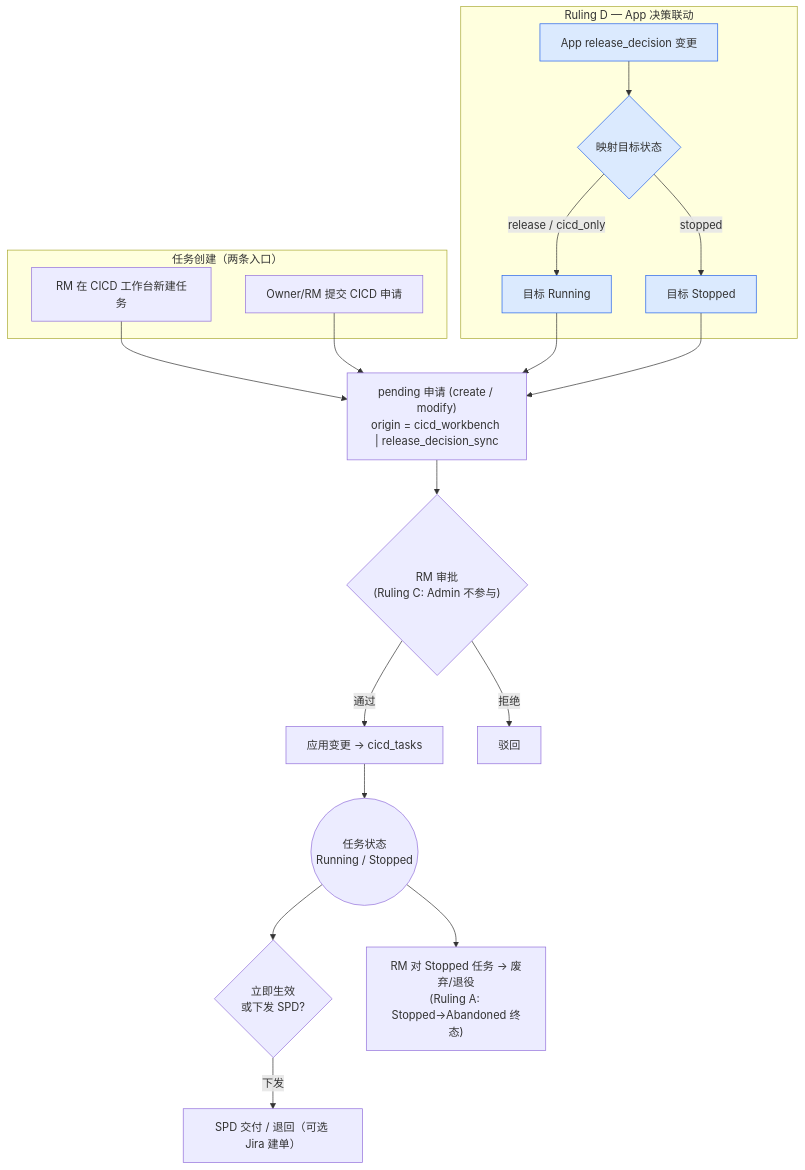
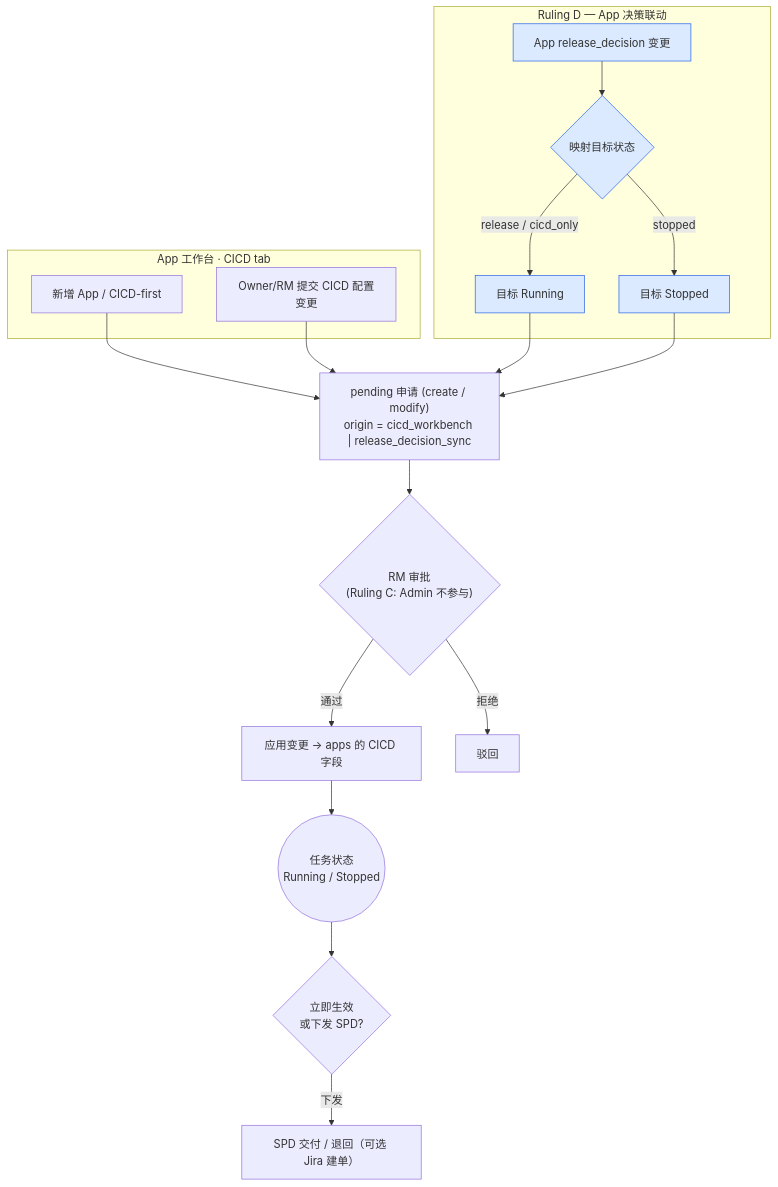
The third of 3 diagrams in README.md (zzwz02/hpc-release-system), drawn with Mermaid before and after one commit. The commit also changed other lines of this file and 12 other files, not shown here.

First line of the commit message:
docs: update agent guidance for app-backed CICD

````diff
--- a/README.md
+++ b/README.md
@@ -173,39 +173,37 @@
 ```mermaid
 flowchart TD
   %% top-level nodes declared first so they are not captured into a subgraph
   RQ["pending 申请 (create / modify)<br/>origin = cicd_workbench | release_decision_sync"]
   RMrev{"RM 审批<br/>(Ruling C: Admin 不参与)"}
-  APPLY["应用变更 → cicd_tasks"]
+  APPLY["应用变更 → apps 的 CICD 字段"]
   REJ["驳回"]
   ST(("任务状态<br/>Running / Stopped"))
   DISP{"立即生效<br/>或下发 SPD?"}
   SPD["SPD 交付 / 退回（可选 Jira 建单）"]
-  ABN["RM 对 Stopped 任务 → 废弃/退役<br/>(Ruling A: Stopped→Abandoned 终态)"]
 
-  subgraph Create["任务创建（两条入口）"]
-    A1["RM 在 CICD 工作台新建任务"]
-    A2["Owner/RM 提交 CICD 申请"]
+  subgraph AppCicd["App 工作台 · CICD tab"]
+    A1["新增 App / CICD-first"]
+    A2["Owner/RM 提交 CICD 配置变更"]
   end
 
   subgraph Sync["Ruling D — App 决策联动"]
     D1["App release_decision 变更"] --> D2{映射目标状态}
     D2 -- "release / cicd_only" --> TRun["目标 Running"]
     D2 -- "stopped" --> TStop["目标 Stopped"]
   end
 
   A1 --> RQ
   A2 --> RQ
   TRun --> RQ
   TStop --> RQ
 
   RQ --> RMrev
   RMrev -- 通过 --> APPLY
   RMrev -- 拒绝 --> REJ
   APPLY --> ST
   ST --> DISP
   DISP -- 下发 --> SPD
-  ST --> ABN
 
   classDef sync fill:#dbeafe,stroke:#2563eb;
   class D1,D2,TRun,TStop sync;
 ```
````
